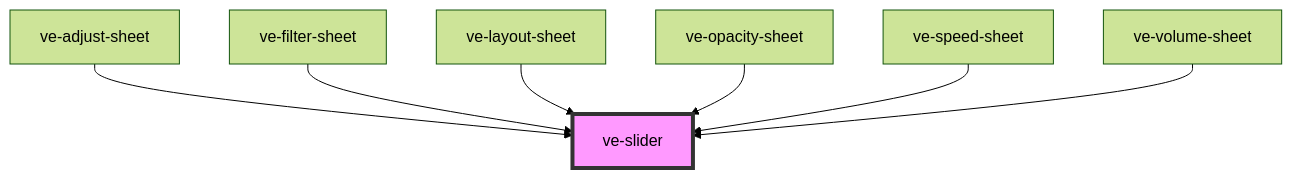
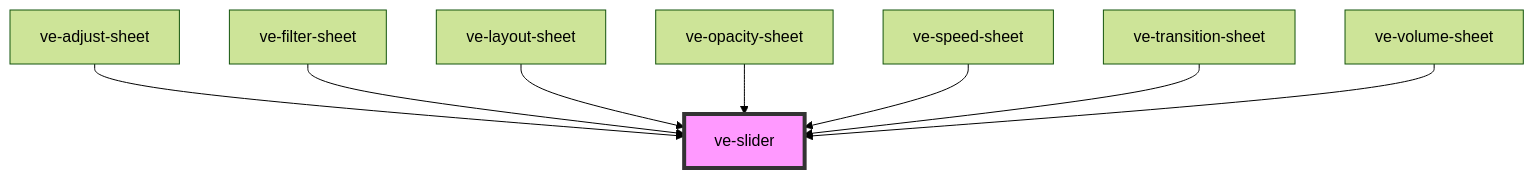
One commit to dotnetdreamer/capacitor-video-kit changed the diagram in src/components/ve-slider/readme.md. Above: the diagram before and after it, drawn with Mermaid (forest theme). The commit also changed other lines of this file and 72 other files, not shown here.

````diff
--- a/src/components/ve-slider/readme.md
+++ b/src/components/ve-slider/readme.md
@@ -84,10 +85,11 @@
 ```mermaid
 graph TD;
   ve-adjust-sheet --> ve-slider
   ve-filter-sheet --> ve-slider
   ve-layout-sheet --> ve-slider
   ve-opacity-sheet --> ve-slider
   ve-speed-sheet --> ve-slider
+  ve-transition-sheet --> ve-slider
   ve-volume-sheet --> ve-slider
   style ve-slider fill:#f9f,stroke:#333,stroke-width:4px
 ```
````
